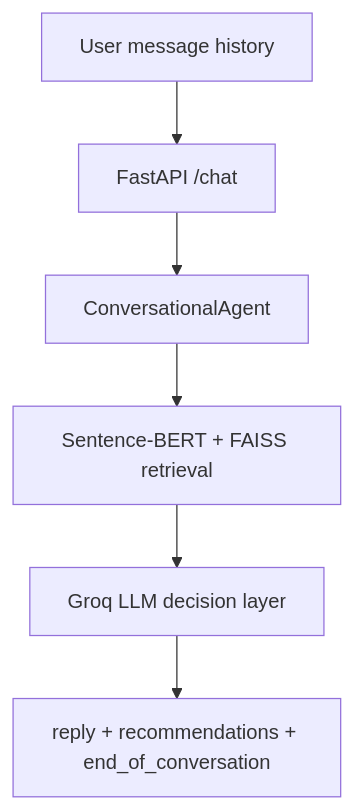
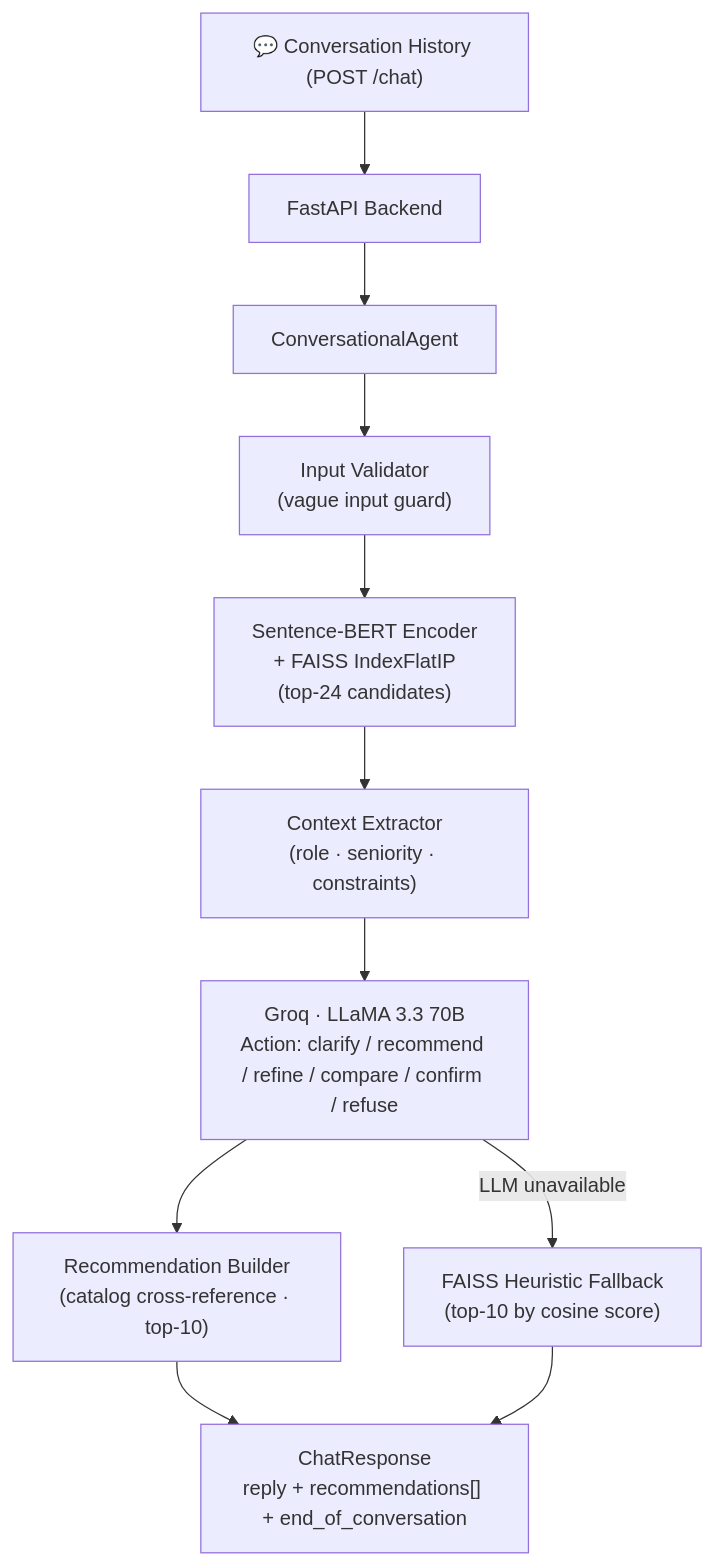
One commit to Siddhartha23i/SHL-Conversational-Assessment-Recommender changed the diagram in README.md. Above: the diagram before and after it, drawn with Mermaid. The commit also changed other lines of this file, not shown here.

````diff
--- a/README.md
+++ b/README.md
@@ -18,8 +9,13 @@
 ```mermaid
 graph TD
-    U[User message history] --> API[FastAPI /chat]
-    API --> AG[ConversationalAgent]
-    AG --> RET[Sentence-BERT + FAISS retrieval]
-    RET --> LLM[Groq LLM decision layer]
-    LLM --> OUT[reply + recommendations + end_of_conversation]
+    U["💬 Conversation History (POST /chat)"] --> API["FastAPI Backend"]
+    API --> AG["ConversationalAgent"]
+    AG --> GUARD["Input Validator\n(vague input guard)"]
+    GUARD --> RET["Sentence-BERT Encoder\n+ FAISS IndexFlatIP\n(top-24 candidates)"]
+    RET --> CTX["Context Extractor\n(role · seniority · constraints)"]
+    CTX --> LLM["Groq · LLaMA 3.3 70B\nAction: clarify / recommend / refine / compare / confirm / refuse"]
+    LLM --> BUILD["Recommendation Builder\n(catalog cross-reference · top-10)"]
+    BUILD --> OUT["ChatResponse\nreply + recommendations[] + end_of_conversation"]
+    LLM -- "LLM unavailable" --> FB["FAISS Heuristic Fallback\n(top-10 by cosine score)"]
+    FB --> OUT
 ```
````
